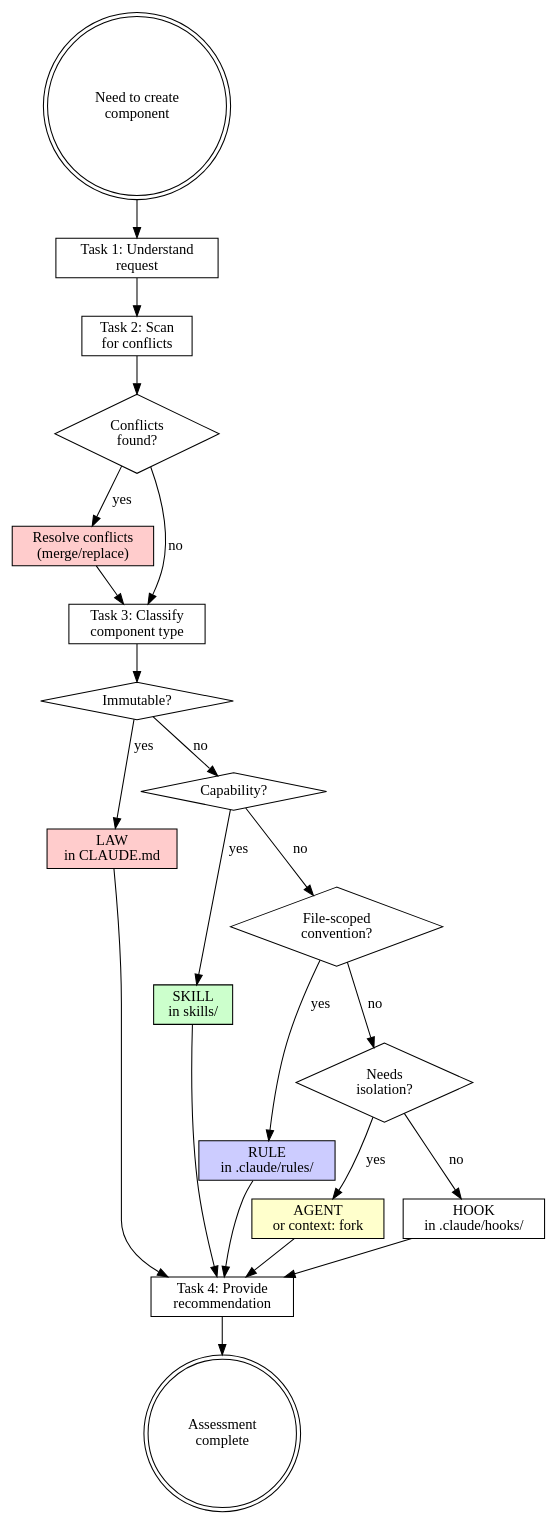
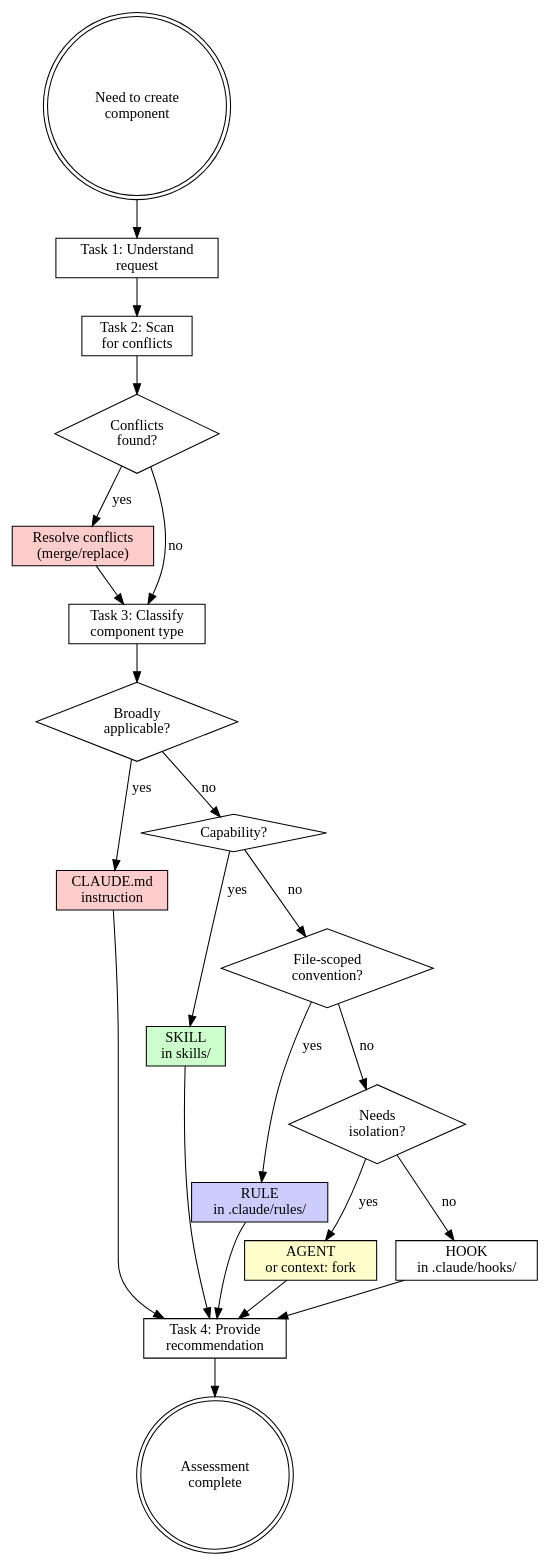
The diagram in plugins/rcc/skills/advising-architecture/SKILL.md (wayne930242/Reflexive-Claude-Code), drawn with Graphviz before and after one commit. The commit also changed other lines of this file, not shown here.

First line of the commit message:
refactor: update advising-architecture to official best practices

````diff
--- a/plugins/rcc/skills/advising-architecture/SKILL.md
+++ b/plugins/rcc/skills/advising-architecture/SKILL.md
@@ -210,45 +250,45 @@
 ```dot
 digraph architecture_assessment {
     rankdir=TB;
 
     start [label="Need to create\ncomponent", shape=doublecircle];
     understand [label="Task 1: Understand\nrequest", shape=box];
     scan [label="Task 2: Scan\nfor conflicts", shape=box];
     conflicts [label="Conflicts\nfound?", shape=diamond];
     resolve [label="Resolve conflicts\n(merge/replace)", shape=box, style=filled, fillcolor="#ffcccc"];
     classify [label="Task 3: Classify\ncomponent type", shape=box];
-    is_immutable [label="Immutable?", shape=diamond];
-    law [label="LAW\nin CLAUDE.md", shape=box, style=filled, fillcolor="#ffcccc"];
+    is_broad [label="Broadly\napplicable?", shape=diamond];
+    claudemd [label="CLAUDE.md\ninstruction", shape=box, style=filled, fillcolor="#ffcccc"];
     is_capability [label="Capability?", shape=diamond];
     skill [label="SKILL\nin skills/", shape=box, style=filled, fillcolor="#ccffcc"];
     is_scoped [label="File-scoped\nconvention?", shape=diamond];
     rule [label="RULE\nin .claude/rules/", shape=box, style=filled, fillcolor="#ccccff"];
     is_isolated [label="Needs\nisolation?", shape=diamond];
     agent [label="AGENT\nor context: fork", shape=box, style=filled, fillcolor="#ffffcc"];
     hook [label="HOOK\nin .claude/hooks/", shape=box];
     recommend [label="Task 4: Provide\nrecommendation", shape=box];
     done [label="Assessment\ncomplete", shape=doublecircle];
 
     start -> understand;
     understand -> scan;
     scan -> conflicts;
     conflicts -> resolve [label="yes"];
     conflicts -> classify [label="no"];
     resolve -> classify;
-    classify -> is_immutable;
-    is_immutable -> law [label="yes"];
-    is_immutable -> is_capability [label="no"];
+    classify -> is_broad;
+    is_broad -> claudemd [label="yes"];
+    is_broad -> is_capability [label="no"];
     is_capability -> skill [label="yes"];
     is_capability -> is_scoped [label="no"];
     is_scoped -> rule [label="yes"];
     is_scoped -> is_isolated [label="no"];
     is_isolated -> agent [label="yes"];
     is_isolated -> hook [label="no"];
-    law -> recommend;
+    claudemd -> recommend;
     skill -> recommend;
     rule -> recommend;
     agent -> recommend;
     hook -> recommend;
     recommend -> done;
 }
 ```
````
